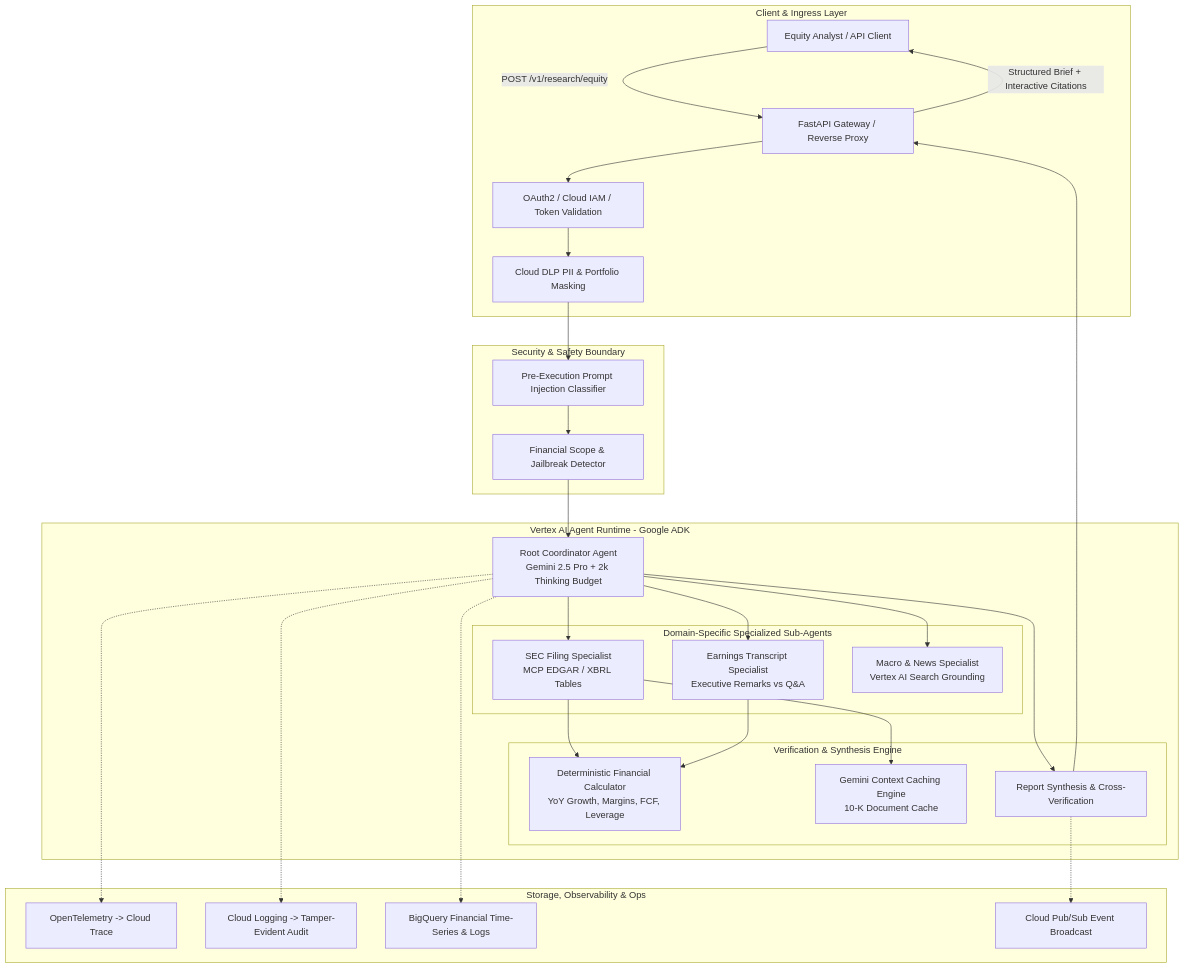
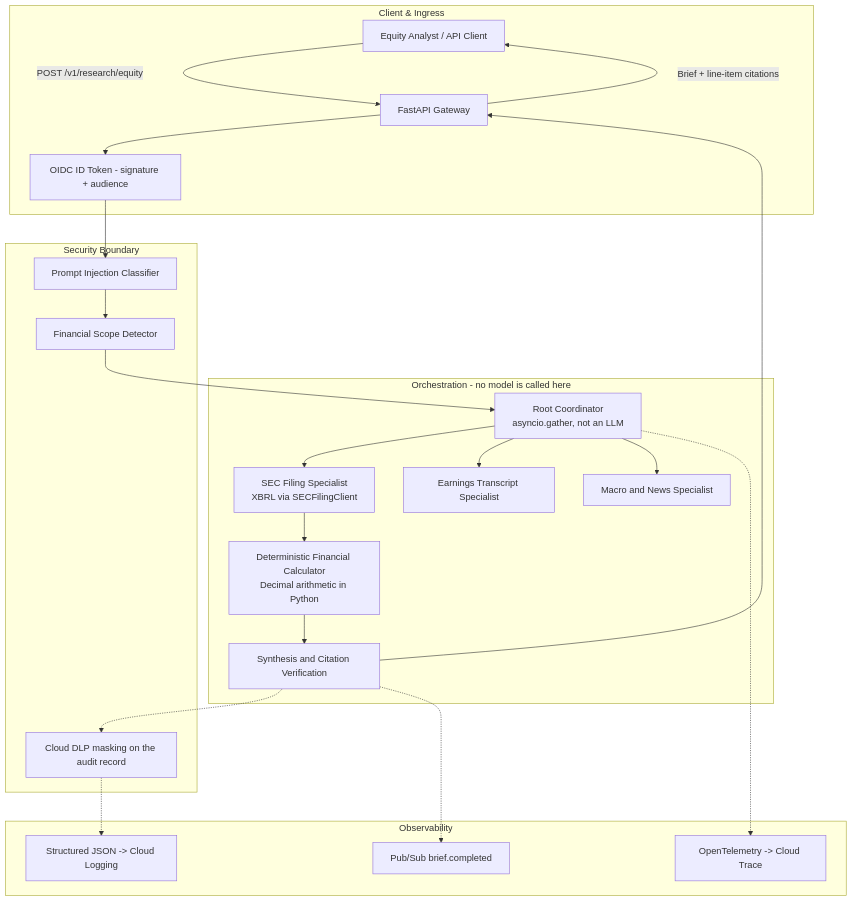
Before and after one commit to Ignotus-21/Finance-Agent---Investment-Research-Agent: the first of 2 diagrams in README.md, drawn with Mermaid. The commit also changed other lines of this file, not shown here.

````diff
--- a/README.md
+++ b/README.md
@@ -17,54 +38,43 @@
 ```mermaid
 graph TB
-    subgraph ClientLayer [Client & Ingress Layer]
+    subgraph ClientLayer [Client & Ingress]
         Client[Equity Analyst / API Client]
-        Gateway[FastAPI Gateway / Reverse Proxy]
-        Auth[OAuth2 / Cloud IAM / Token Validation]
-        DLP[Cloud DLP PII & Portfolio Masking]
+        Gateway[FastAPI Gateway]
+        Auth[OIDC ID Token - signature + audience]
     end
 
-    subgraph SecurityGuardrails [Security & Safety Boundary]
-        InputFilter[Pre-Execution Prompt Injection Classifier]
-        ScopeValidator[Financial Scope & Jailbreak Detector]
+    subgraph SecurityGuardrails [Security Boundary]
+        InputFilter[Prompt Injection Classifier]
+        ScopeValidator[Financial Scope Detector]
+        DLP[Cloud DLP masking on the audit record]
     end
 
-    subgraph MultiAgentRuntime [Vertex AI Agent Runtime - Google ADK]
-        RootAgent[Root Coordinator Agent<br/>Gemini 2.5 Pro + 2k Thinking Budget]
-
-        subgraph SubAgents [Domain-Specific Specialized Sub-Agents]
-            SECAgent[SEC Filing Specialist<br/>MCP EDGAR / XBRL Tables]
-            TranscriptAgent[Earnings Transcript Specialist<br/>Executive Remarks vs Q&A]
-            MacroAgent[Macro & News Specialist<br/>Vertex AI Search Grounding]
-        end
-
-        subgraph EngineLayer [Verification & Synthesis Engine]
-            CalcTool[Deterministic Financial Calculator<br/>YoY Growth, Margins, FCF, Leverage]
-            ContextCache[Gemini Context Caching Engine<br/>10-K Document Cache]
-            SynthEngine[Report Synthesis & Cross-Verification]
-        end
+    subgraph Pipeline [Orchestration - no model is called here]
+        RootAgent[Root Coordinator<br/>asyncio.gather, not an LLM]
+        SECAgent[SEC Filing Specialist<br/>XBRL via SECFilingClient]
+        TranscriptAgent[Earnings Transcript Specialist]
+        MacroAgent[Macro and News Specialist]
+        CalcTool[Deterministic Financial Calculator<br/>Decimal arithmetic in Python]
+        SynthEngine[Synthesis and Citation Verification]
     end
 
-    subgraph DatastoresAndOps [Storage, Observability & Ops]
+    subgraph Ops [Observability]
         OTel[OpenTelemetry -> Cloud Trace]
-        CloudLog[Cloud Logging -> Tamper-Evident Audit]
-        BQ[BigQuery Financial Time-Series & Logs]
-        PubSub[Cloud Pub/Sub Event Broadcast]
+        CloudLog[Structured JSON -> Cloud Logging]
+        PubSub[Pub/Sub brief.completed]
     end
 
     Client -->|POST /v1/research/equity| Gateway
-    Gateway --> Auth --> DLP --> InputFilter --> ScopeValidator --> RootAgent
+    Gateway --> Auth --> InputFilter --> ScopeValidator --> RootAgent
     RootAgent --> SECAgent
     RootAgent --> TranscriptAgent
     RootAgent --> MacroAgent
     SECAgent --> CalcTool
-    TranscriptAgent --> CalcTool
-    SECAgent --> ContextCache
-    RootAgent --> SynthEngine
+    CalcTool --> SynthEngine
     SynthEngine --> Gateway
-    Gateway -->|Structured Brief + Interactive Citations| Client
+    Gateway -->|Brief + line-item citations| Client
 
+    SynthEngine -.-> DLP -.-> CloudLog
     RootAgent -.-> OTel
-    RootAgent -.-> CloudLog
-    RootAgent -.-> BQ
     SynthEngine -.-> PubSub
 ```
````
